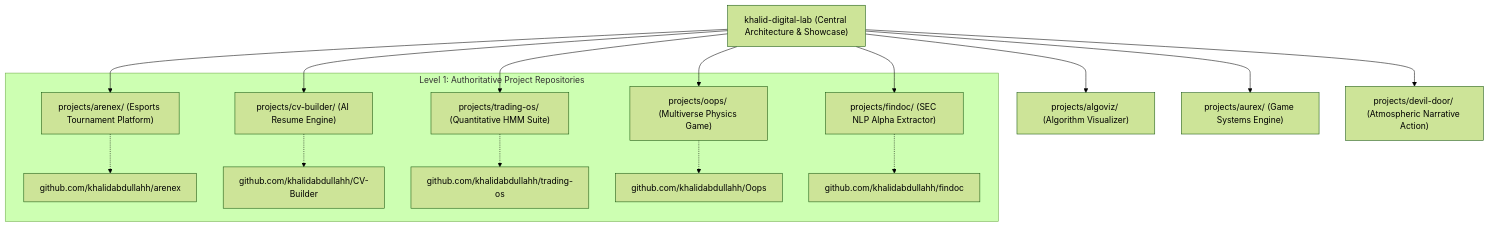
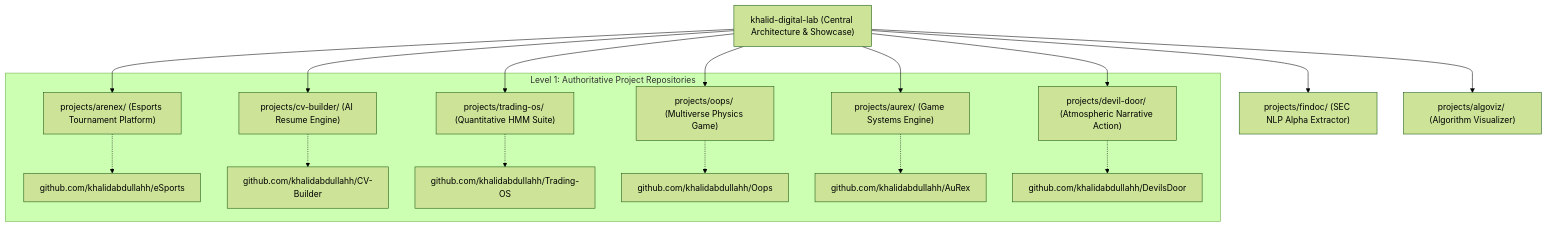
One commit to khalidabdullahh/khalid-digital-lab changed the diagram in projects/README.md. Above: the diagram before and after it, drawn with Mermaid (forest theme). The commit also changed other lines of this file and 13 other files, not shown here.

````diff
--- a/projects/README.md
+++ b/projects/README.md
@@ -9,19 +9,20 @@
 ```mermaid
 graph TD
     A["khalid-digital-lab (Central Architecture & Showcase)"] --> B["projects/arenex/ (Esports Tournament Platform)"]
     A --> C["projects/cv-builder/ (AI Resume Engine)"]
     A --> D["projects/trading-os/ (Quantitative HMM Suite)"]
     A --> E["projects/oops/ (Multiverse Physics Game)"]
     A --> F["projects/findoc/ (SEC NLP Alpha Extractor)"]
     A --> G["projects/algoviz/ (Algorithm Visualizer)"]
     A --> H["projects/aurex/ (Game Systems Engine)"]
     A --> I["projects/devil-door/ (Atmospheric Narrative Action)"]
 
     subgraph "Level 1: Authoritative Project Repositories"
-        B -.-> R1["github.com/khalidabdullahh/arenex"]
+        B -.-> R1["github.com/khalidabdullahh/eSports"]
         C -.-> R2["github.com/khalidabdullahh/CV-Builder"]
-        D -.-> R3["github.com/khalidabdullahh/trading-os"]
+        D -.-> R3["github.com/khalidabdullahh/Trading-OS"]
         E -.-> R4["github.com/khalidabdullahh/Oops"]
-        F -.-> R5["github.com/khalidabdullahh/findoc"]
+        H -.-> R5["github.com/khalidabdullahh/AuRex"]
+        I -.-> R6["github.com/khalidabdullahh/DevilsDoor"]
     end
 ```
````
